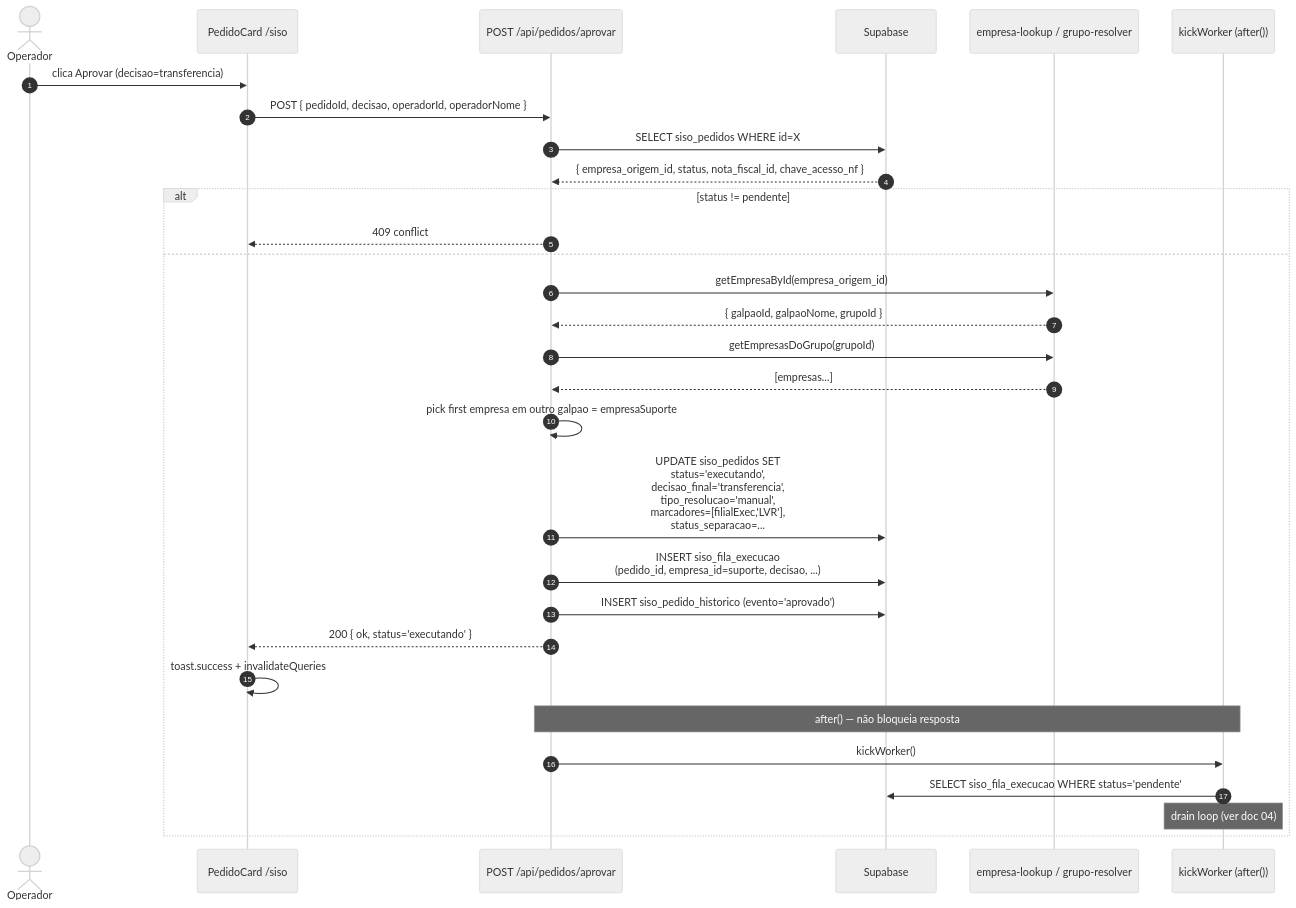
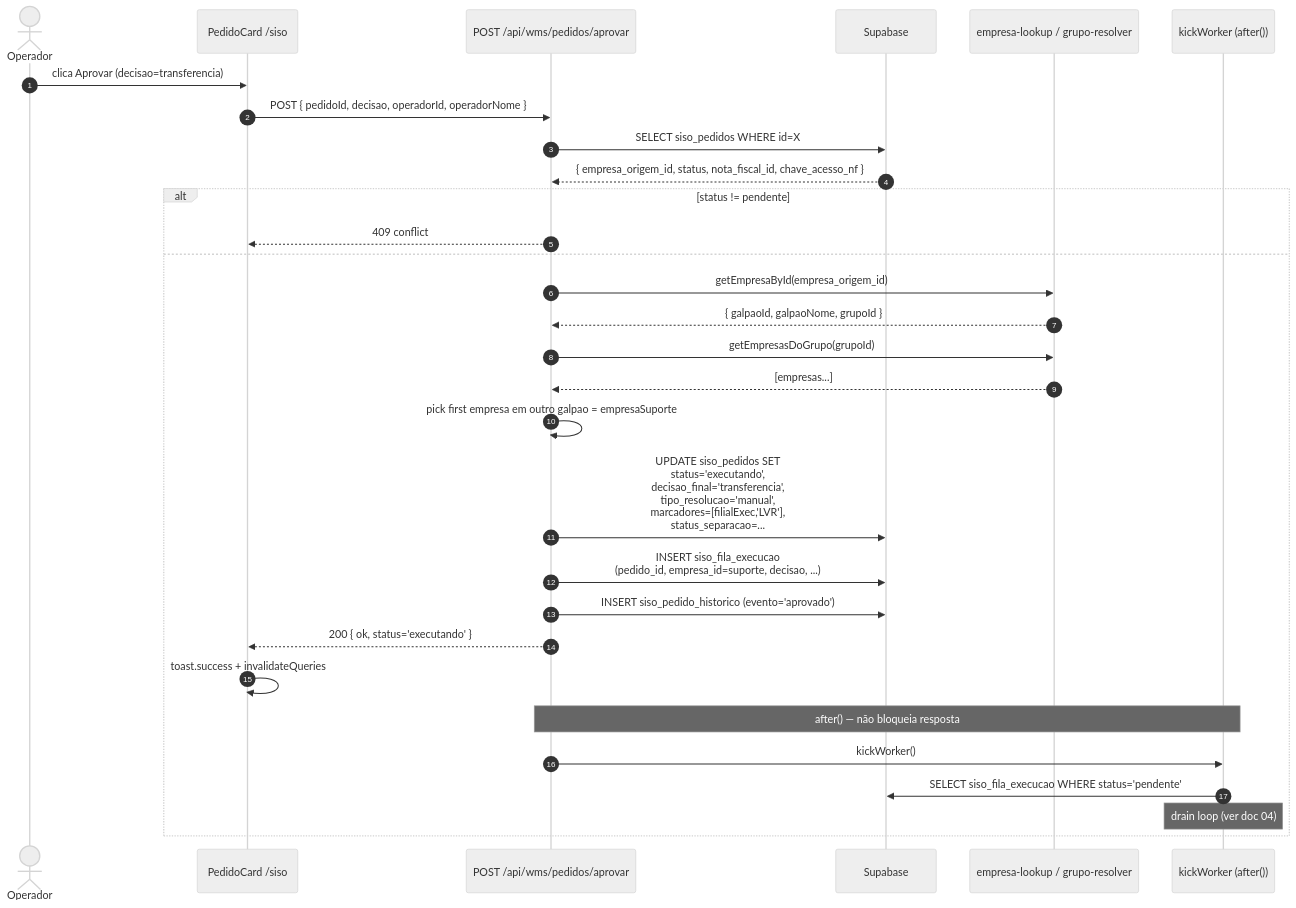
Before and after one commit to Eryk-dev/estoquelever: the third of 3 diagrams in docs/fluxos/03-aprovacao-decisao.md, drawn with Mermaid (neutral theme). The commit also changed other lines of this file and 20 other files, not shown here.

````diff
--- a/docs/fluxos/03-aprovacao-decisao.md
+++ b/docs/fluxos/03-aprovacao-decisao.md
@@ -605,37 +605,37 @@
 ```mermaid
 sequenceDiagram
     autonumber
     actor Op as Operador
     participant UI as PedidoCard /siso
-    participant API as POST /api/pedidos/aprovar
+    participant API as POST /api/wms/pedidos/aprovar
     participant DB as Supabase
     participant Look as empresa-lookup / grupo-resolver
     participant W as kickWorker (after())
 
     Op->>UI: clica Aprovar (decisao=transferencia)
     UI->>API: POST { pedidoId, decisao, operadorId, operadorNome }
     API->>DB: SELECT siso_pedidos WHERE id=X
     DB-->>API: { empresa_origem_id, status, nota_fiscal_id, chave_acesso_nf }
 
     alt status != pendente
         API-->>UI: 409 conflict
     else
         API->>Look: getEmpresaById(empresa_origem_id)
         Look-->>API: { galpaoId, galpaoNome, grupoId }
         API->>Look: getEmpresasDoGrupo(grupoId)
         Look-->>API: [empresas...]
         API->>API: pick first empresa em outro galpao = empresaSuporte
 
         API->>DB: UPDATE siso_pedidos SET<br/>status='executando',<br/>decisao_final='transferencia',<br/>tipo_resolucao='manual',<br/>marcadores=[filialExec,'LVR'],<br/>status_separacao=...
         API->>DB: INSERT siso_fila_execucao<br/>(pedido_id, empresa_id=suporte, decisao, ...)
         API->>DB: INSERT siso_pedido_historico (evento='aprovado')
 
         API-->>UI: 200 { ok, status='executando' }
         UI->>UI: toast.success + invalidateQueries
 
         Note over API,W: after() — não bloqueia resposta
         API->>W: kickWorker()
         W->>DB: SELECT siso_fila_execucao WHERE status='pendente'
         Note over W: drain loop (ver doc 04)
     end
 ```
````
